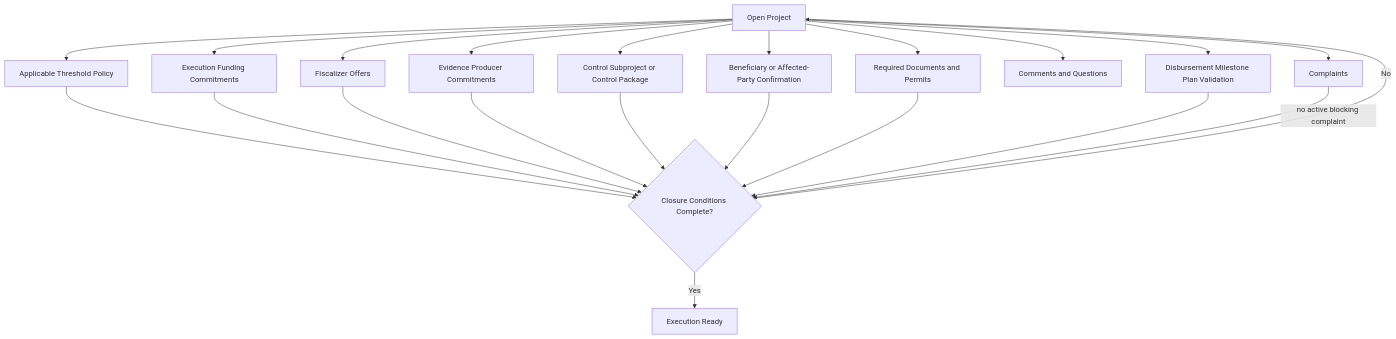
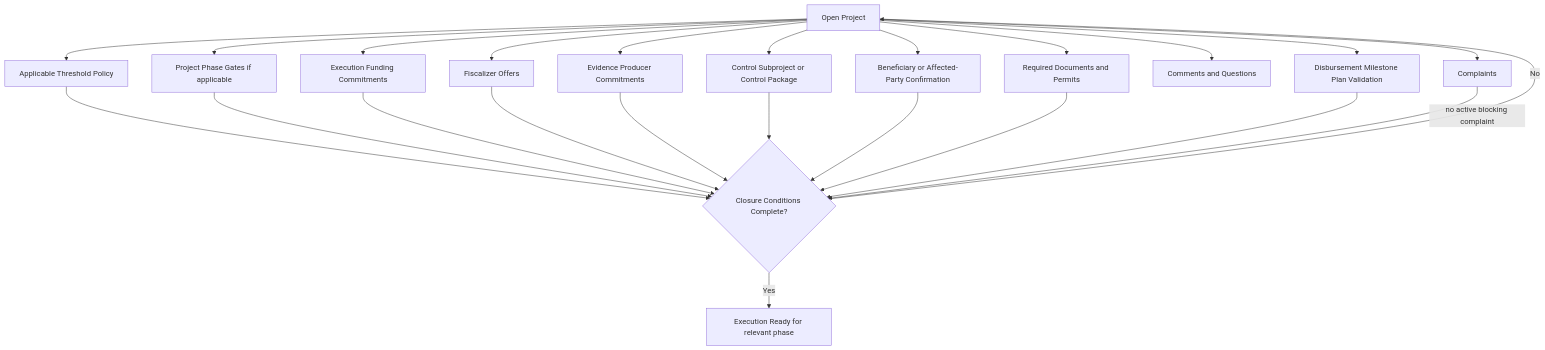
The diagram in docs/diagrams/v0-open-project-parallel-closure.md (moffermann/distributed-governance-research), drawn with Mermaid before and after one commit. The commit also changed other lines of this file and 35 other files, not shown here.

````diff
--- a/docs/diagrams/v0-open-project-parallel-closure.md
+++ b/docs/diagrams/v0-open-project-parallel-closure.md
@@ -9,28 +9,30 @@
 ```mermaid
 flowchart TD
     OP[Open Project]
 
     OP --> TP[Applicable Threshold Policy]
+    OP --> PH[Project Phase Gates if applicable]
     OP --> F[Execution Funding Commitments]
     OP --> FS[Fiscalizer Offers]
     OP --> EP[Evidence Producer Commitments]
     OP --> CP[Control Subproject or Control Package]
     OP --> B[Beneficiary or Affected-Party Confirmation]
     OP --> D[Required Documents and Permits]
     OP --> C[Comments and Questions]
     OP --> Q[Complaints]
     OP --> MP[Disbursement Milestone Plan Validation]
 
     TP --> CC
+    PH --> CC
     F --> CC{Closure Conditions Complete?}
     FS --> CC
     EP --> CC
     CP --> CC
     B --> CC
     D --> CC
     MP --> CC
     Q -->|no active blocking complaint| CC
 
     CC -->|No| OP
-    CC -->|Yes| ER[Execution Ready]
+    CC -->|Yes| ER[Execution Ready for relevant phase]
 ```
````
